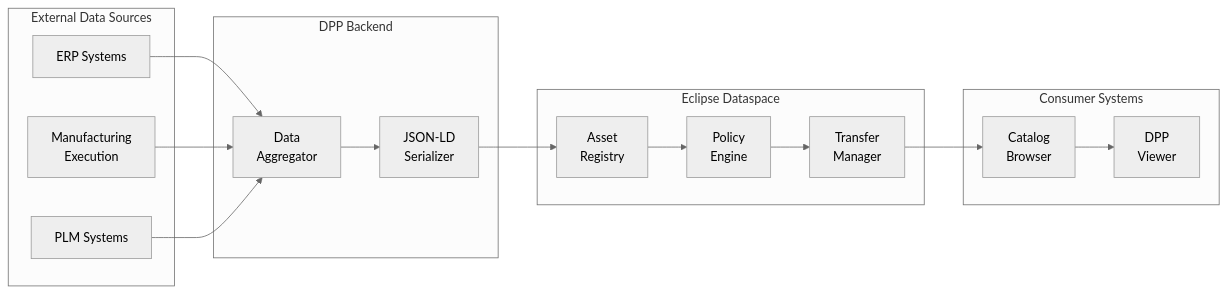
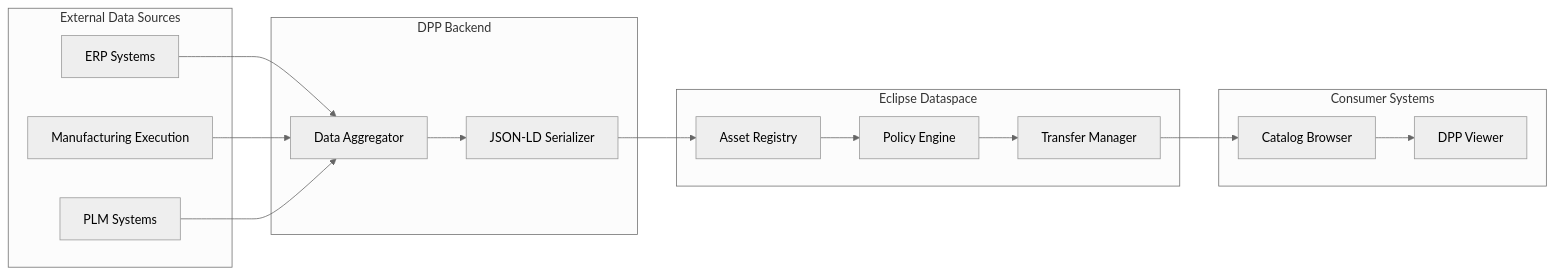
One commit to ma3u/MinimumViableDataspace changed the fourth of 8 diagrams in AEROSPACE-DEMO-README.md. Above: the diagram before and after it, drawn with Mermaid (neutral theme). The commit also changed other lines of this file, not shown here.

Commit message:
fix: Remove all newline characters from Mermaid diagram labels

````diff
--- a/AEROSPACE-DEMO-README.md
+++ b/AEROSPACE-DEMO-README.md
@@ -201,34 +201,34 @@
 ```mermaid
 flowchart LR
     subgraph External["External Data Sources"]
         ERP["ERP Systems"]
-        MES["Manufacturing\nExecution"]
+        MES["Manufacturing Execution"]
         PLM["PLM Systems"]
     end
     
     subgraph Backend["DPP Backend"]
-        AGG["Data\nAggregator"]
-        JSONLD["JSON-LD\nSerializer"]
+        AGG["Data Aggregator"]
+        JSONLD["JSON-LD Serializer"]
     end
     
     subgraph EDC["Eclipse Dataspace"]
-        ASSET["Asset\nRegistry"]
-        POLICY["Policy\nEngine"]
-        TRANSFER["Transfer\nManager"]
+        ASSET["Asset Registry"]
+        POLICY["Policy Engine"]
+        TRANSFER["Transfer Manager"]
     end
     
     subgraph Consumer["Consumer Systems"]
-        CATALOG["Catalog\nBrowser"]
-        VIEWER["DPP\nViewer"]
+        CATALOG["Catalog Browser"]
+        VIEWER["DPP Viewer"]
     end
     
     ERP --> AGG
     MES --> AGG
     PLM --> AGG
     AGG --> JSONLD
     JSONLD --> ASSET
     ASSET --> POLICY
     POLICY --> TRANSFER
     TRANSFER --> CATALOG
     CATALOG --> VIEWER
 ```
````
